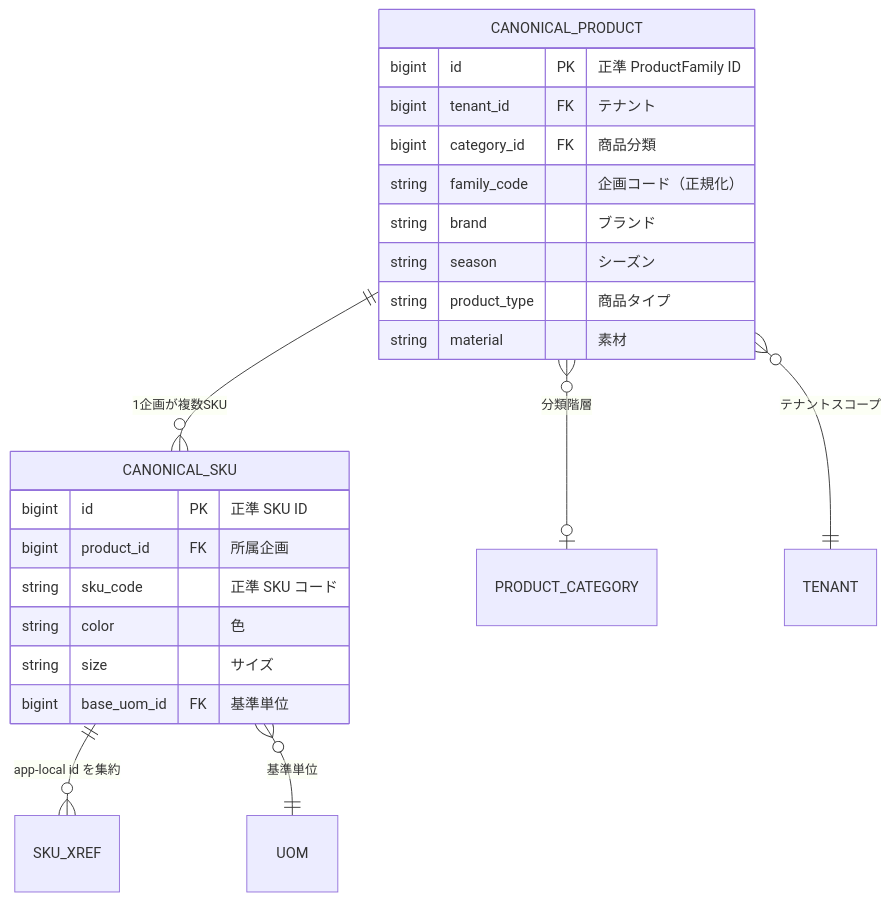
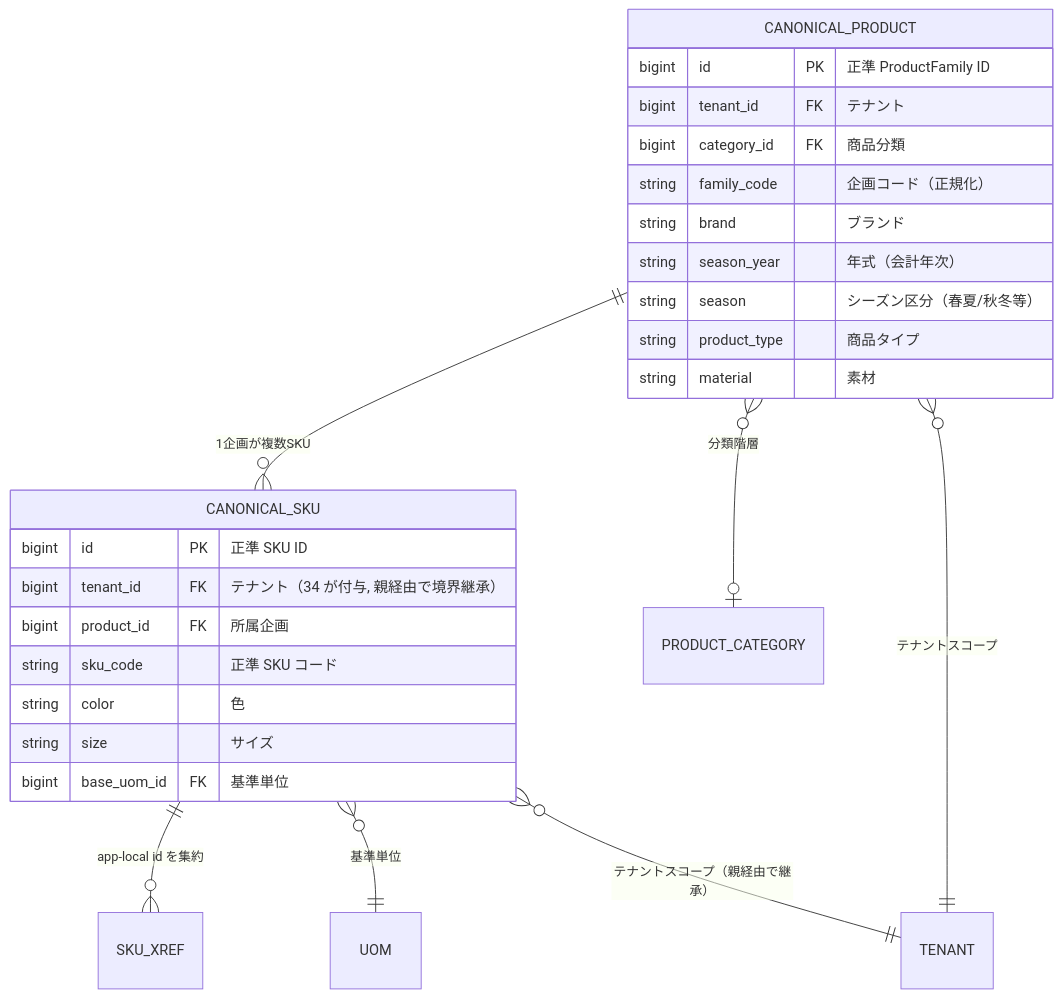
One commit to TSUNAGUBA/akebono-honshu changed the seventh of 15 diagrams in docs/platform-design/basic-design/03-canonical-domain-model.md. Above: the diagram before and after it, drawn with Mermaid. The commit also changed other lines of this file and 30 other files, not shown here.

````diff
--- a/docs/platform-design/basic-design/03-canonical-domain-model.md
+++ b/docs/platform-design/basic-design/03-canonical-domain-model.md
@@ -348,26 +355,29 @@
 ```mermaid
 erDiagram
     CANONICAL_PRODUCT ||--o{ CANONICAL_SKU : "1企画が複数SKU"
     CANONICAL_PRODUCT }o--o| PRODUCT_CATEGORY : "分類階層"
     CANONICAL_SKU ||--o{ SKU_XREF : "app-local id を集約"
     CANONICAL_SKU }o--|| UOM : "基準単位"
     CANONICAL_PRODUCT }o--|| TENANT : "テナントスコープ"
+    CANONICAL_SKU }o--|| TENANT : "テナントスコープ（親経由で継承）"
     CANONICAL_PRODUCT {
         bigint id PK "正準 ProductFamily ID"
         bigint tenant_id FK "テナント"
         bigint category_id FK "商品分類"
         string family_code "企画コード（正規化）"
         string brand "ブランド"
-        string season "シーズン"
+        string season_year "年式（会計年次）"
+        string season "シーズン区分（春夏/秋冬等）"
         string product_type "商品タイプ"
         string material "素材"
     }
     CANONICAL_SKU {
         bigint id PK "正準 SKU ID"
+        bigint tenant_id FK "テナント（34 が付与, 親経由で境界継承）"
         bigint product_id FK "所属企画"
         string sku_code "正準 SKU コード"
         string color "色"
         string size "サイズ"
         bigint base_uom_id FK "基準単位"
     }
 ```
````
